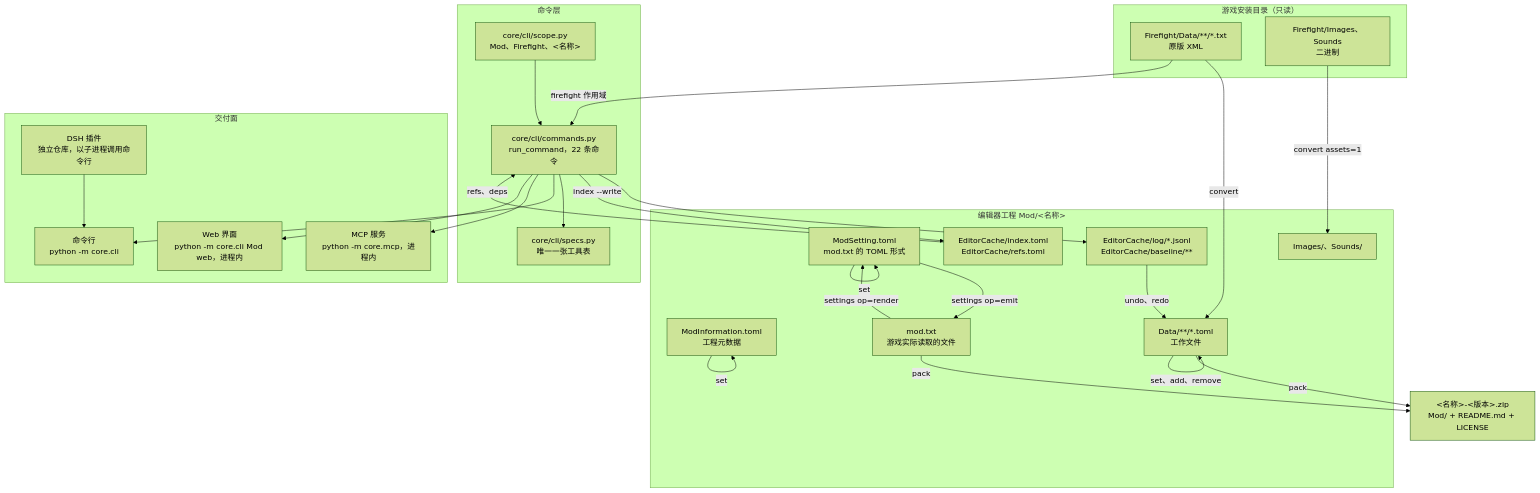
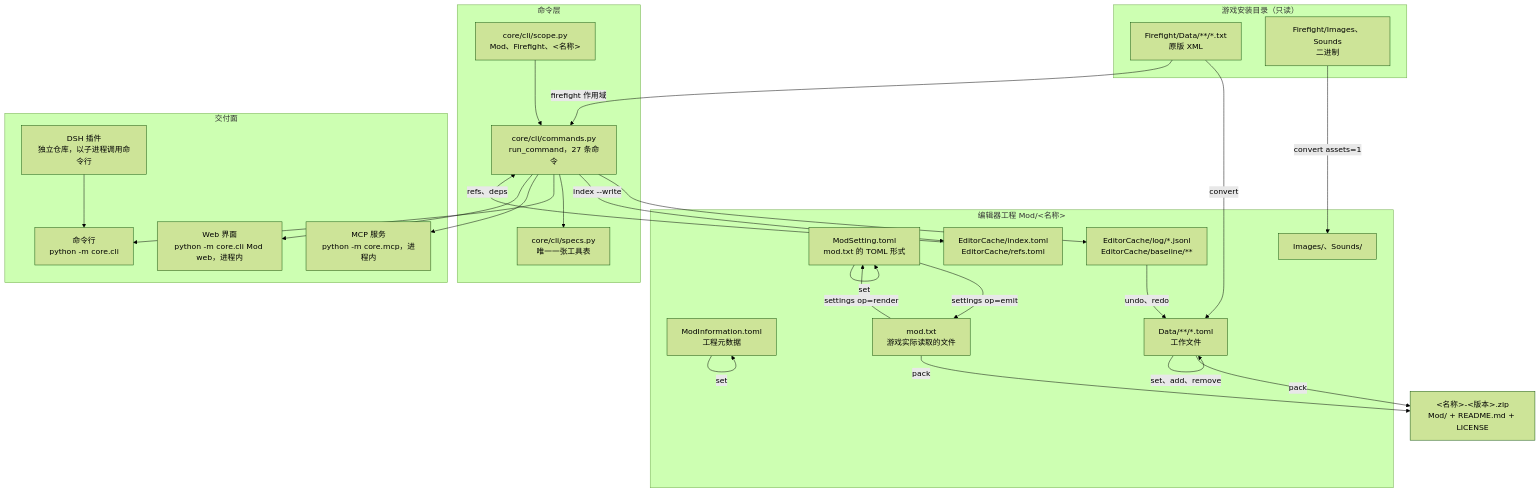
One commit to BiancaoAwa/firefight-mod-editor-open changed the diagram in docs/flow.zh-CN.md. Above: the diagram before and after it, drawn with Mermaid (forest theme). The commit also changed 20 other files, not shown here.

````diff
--- a/docs/flow.zh-CN.md
+++ b/docs/flow.zh-CN.md
@@ -7,53 +7,53 @@
 ```mermaid
 flowchart TD
     subgraph stock["游戏安装目录（只读）"]
         A1["Firefight/Data/**/*.txt<br/>原版 XML"]
         A2["Firefight/Images、Sounds<br/>二进制"]
     end
 
     subgraph project["编辑器工程 Mod/&lt;名称&gt;"]
         B1["ModInformation.toml<br/>工程元数据"]
         B2["ModSetting.toml<br/>mod.txt 的 TOML 形式"]
         B3["mod.txt<br/>游戏实际读取的文件"]
         B4["Data/**/*.toml<br/>工作文件"]
         B5["Images/、Sounds/"]
         B6["EditorCache/log/*.jsonl<br/>EditorCache/baseline/**"]
         B7["EditorCache/index.toml<br/>EditorCache/refs.toml"]
     end
 
     subgraph layer["命令层"]
-        C1["core/cli/commands.py<br/>run_command，22 条命令"]
+        C1["core/cli/commands.py<br/>run_command，27 条命令"]
         C2["core/cli/specs.py<br/>唯一一张工具表"]
         C3["core/cli/scope.py<br/>Mod、Firefight、&lt;名称&gt;"]
     end
 
     subgraph faces["交付面"]
         D1["命令行<br/>python -m core.cli"]
         D2["MCP 服务<br/>python -m core.mcp，进程内"]
         D3["Web 界面<br/>python -m core.cli Mod web，进程内"]
         D4["DSH 插件<br/>独立仓库，以子进程调用命令行"]
     end
 
     E1["&lt;名称&gt;-&lt;版本&gt;.zip<br/>Mod/ + README.md + LICENSE"]
 
     A1 -->|convert| B4
     A2 -->|"convert assets=1"| B5
     A1 -->|firefight 作用域| C1
     B3 -->|settings op=render| B2
     B2 -->|settings op=emit| B3
     B4 -->|set、add、remove| B4
     B1 -->|set| B1
     B2 -->|set| B2
     C1 --> B6
     B6 -->|undo、redo| B4
     C1 -->|index --write| B7
     B7 -->|refs、deps| C1
     B4 -->|pack| E1
     B3 -->|pack| E1
     C3 --> C1
     C1 --> C2
     C1 --> D1
     C1 --> D2
     C1 --> D3
     D4 --> D1
 ```
````
